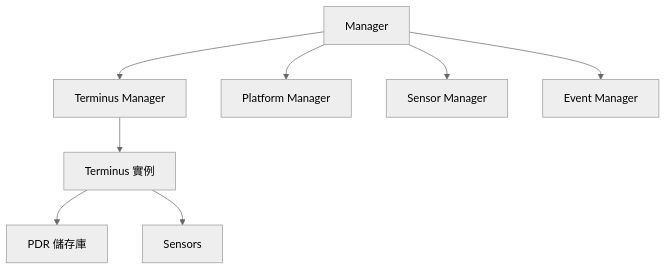
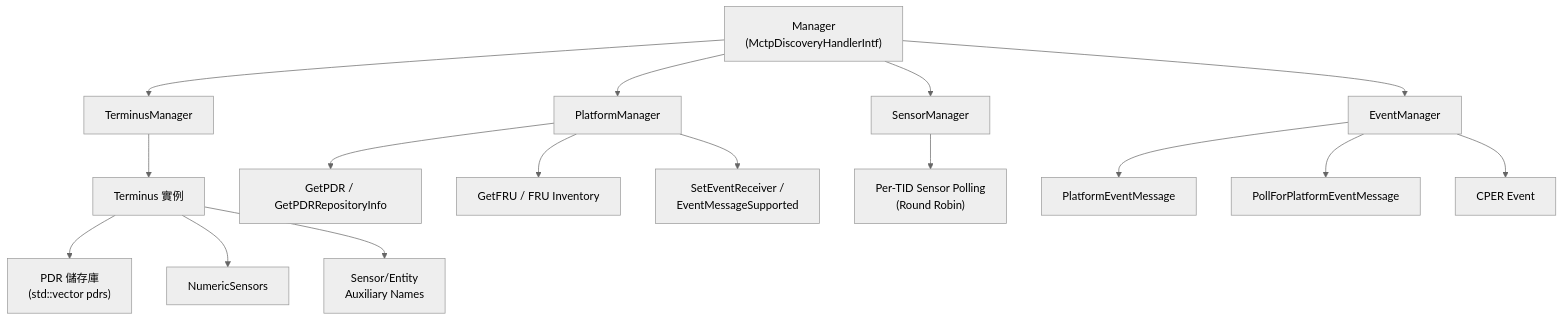
Before and after one commit to chilung-cgu/bmc-firmware-knowledge-base: the first of 3 diagrams in pldm/PlatformMC.md, drawn with Mermaid (neutral theme). The commit also changed other lines of this file and 19 other files, not shown here.

````diff
--- a/pldm/PlatformMC.md
+++ b/pldm/PlatformMC.md
@@ -18,12 +18,22 @@
 ```mermaid
 graph TB
-    Manager["Manager"]
-    Manager --> TM["Terminus Manager"]
-    Manager --> PM["Platform Manager"]
-    Manager --> SM["Sensor Manager"]
-    Manager --> EM["Event Manager"]
-    
+    Manager["Manager<br/>(MctpDiscoveryHandlerIntf)"]
+    Manager --> TM["TerminusManager"]
+    Manager --> PM["PlatformManager"]
+    Manager --> SM["SensorManager"]
+    Manager --> EM["EventManager"]
+
     TM --> Terminus["Terminus 實例"]
-    Terminus --> PDRs["PDR 儲存庫"]
-    Terminus --> Sensors["Sensors"]
+    Terminus --> PDRs["PDR 儲存庫<br/>(std::vector pdrs)"]
+    Terminus --> NumSensors["NumericSensors"]
+    Terminus --> AuxNames["Sensor/Entity<br/>Auxiliary Names"]
+
+    PM --> GetPDR["GetPDR / GetPDRRepositoryInfo"]
+    PM --> GetFRU["GetFRU / FRU Inventory"]
+    PM --> EventCfg["SetEventReceiver /<br/>EventMessageSupported"]
+
+    SM --> Polling["Per-TID Sensor Polling<br/>(Round Robin)"]
+    EM --> PlatformEvent["PlatformEventMessage"]
+    EM --> PollEvent["PollForPlatformEventMessage"]
+    EM --> CPER["CPER Event"]
 ```
````
